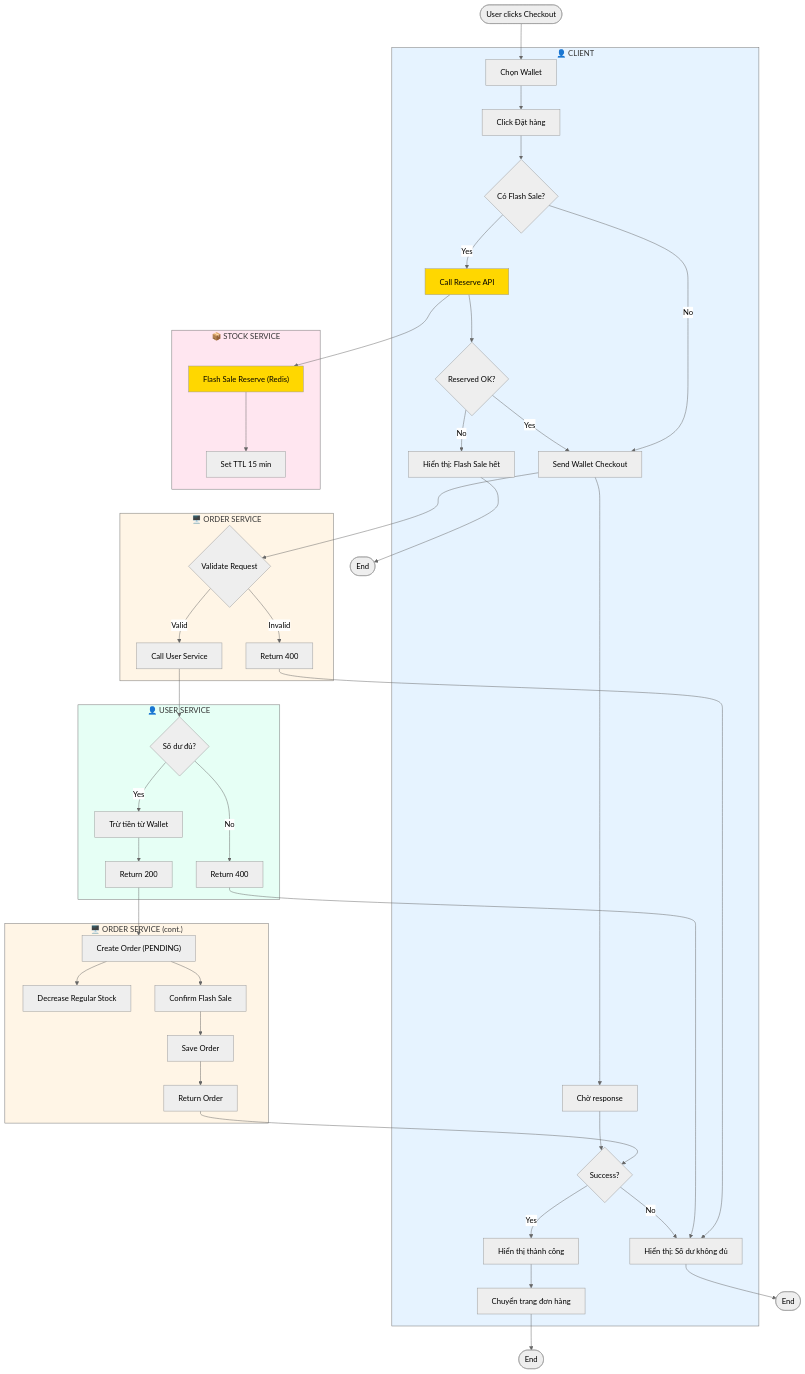
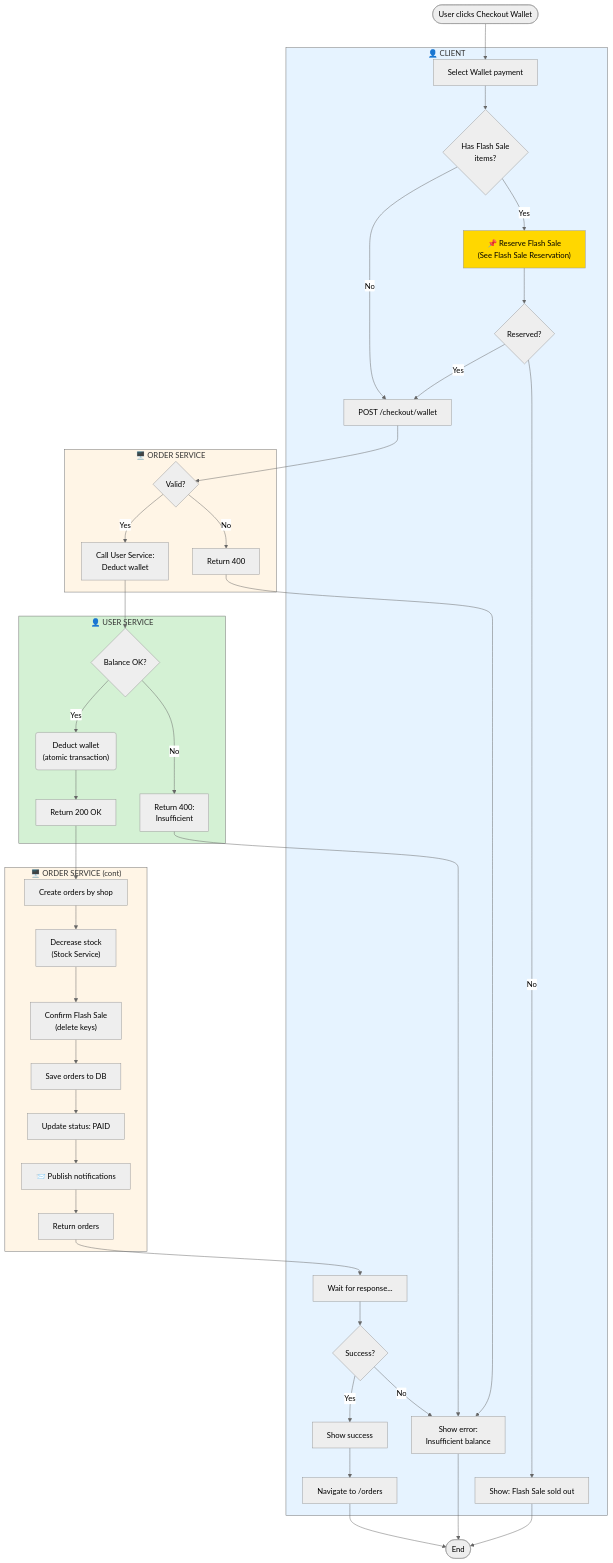
The fifth of 5 diagrams in documents/activity/CHECKOUT_ACTIVITY.md (ThuanNgcodelor/VibeX-E-Commerce), drawn with Mermaid (neutral theme) before and after one commit. The commit also changed other lines of this file and 11 other files, not shown here.

````diff
--- a/documents/activity/CHECKOUT_ACTIVITY.md
+++ b/documents/activity/CHECKOUT_ACTIVITY.md
@@ -252,62 +384,55 @@
 ```mermaid
 flowchart TD
-    Start([User clicks Checkout]) --> SelectWallet[Chọn Wallet]
+    Start([User clicks Checkout Wallet]) --> SelectWallet
     
     subgraph Client["👤 CLIENT"]
-        SelectWallet --> ClickOrder[Click Đặt hàng]
+        SelectWallet[Select Wallet payment] --> FSCheck{Has Flash Sale<br/>items?}
+        FSCheck -->|Yes| FSReserve["📌 Reserve Flash Sale<br/>(See Flash Sale Reservation)"]
+        FSReserve --> FSResult{Reserved?}
+        FSResult -->|No| ShowFSError[Show: Flash Sale sold out]
+        FSResult -->|Yes| SendCheckout
+        FSCheck -->|No| SendCheckout[POST /checkout/wallet]
         
-        ClickOrder --> ReserveFS{Có Flash Sale?}
-        ReserveFS -->|Yes| CallReserve[Call Reserve API]
-        CallReserve --> CheckReserve{Reserved OK?}
-        CheckReserve -->|No| ShowFSError[Hiển thị: Flash Sale hết]
-        CheckReserve -->|Yes| SendCheckout
-        ReserveFS -->|No| SendCheckout[Send Wallet Checkout]
-        
-        SendCheckout --> WaitResponse[Chờ response]
-        WaitResponse --> CheckResult{Success?}
-        CheckResult -->|No| ShowFailed[Hiển thị: Số dư không đủ]
-        CheckResult -->|Yes| ShowSuccess[Hiển thị thành công]
-        ShowSuccess --> NavigateOrders[Chuyển trang đơn hàng]
-    end
-    
-    subgraph StockService["📦 STOCK SERVICE"]
-        CallReserve --> FSReserve["Flash Sale Reserve (Redis)"]
-        FSReserve --> SetTTL["Set TTL 15 min"]
+        WaitResponse[Wait for response...]
+        WaitResponse --> Result{Success?}
+        Result -->|No| ShowError[Show error:<br/>Insufficient balance]
+        Result -->|Yes| ShowSuccess[Show success]
+        ShowSuccess --> Navigate[Navigate to /orders]
     end
     
     subgraph OrderService["🖥️ ORDER SERVICE"]
-        SendCheckout --> ValidateReq{Validate Request}
-        ValidateReq -->|Invalid| ReturnError[Return 400]
-        ValidateReq -->|Valid| CallWallet[Call User Service]
+        SendCheckout --> Validate{Valid?}
+        Validate -->|No| Return400[Return 400]
+        Validate -->|Yes| CallWallet["Call User Service:<br/>Deduct wallet"]
     end
     
     subgraph UserService["👤 USER SERVICE"]
-        CallWallet --> CheckBalance{Số dư đủ?}
-        CheckBalance -->|No| ReturnInsufficient[Return 400]
-        CheckBalance -->|Yes| DeductWallet[Trừ tiền từ Wallet]
-        DeductWallet --> ReturnOK[Return 200]
+        CallWallet --> CheckBalance{Balance OK?}
+        CheckBalance -->|No| Return400Bal[Return 400:<br/>Insufficient]
+        CheckBalance -->|Yes| DeductWallet("Deduct wallet<br/>(atomic transaction)")
+        DeductWallet --> ReturnOK[Return 200 OK]
     end
     
-    subgraph OrderService2["🖥️ ORDER SERVICE (cont.)"]
-        ReturnOK --> CreateOrder["Create Order (PENDING)"]
-        CreateOrder --> DecrStock["Decrease Regular Stock"]
-        CreateOrder --> ConfirmFS["Confirm Flash Sale"]
-        ConfirmFS --> SaveOrder[Save Order]
-        SaveOrder --> ReturnSuccess[Return Order]
+    subgraph OrderService2["🖥️ ORDER SERVICE (cont)"]
+        ReturnOK --> CreateOrders[Create orders by shop]
+        CreateOrders --> DecrStock["Decrease stock<br/>(Stock Service)"]
+        DecrStock --> ConfirmFS["Confirm Flash Sale<br/>(delete keys)"]
+        ConfirmFS --> SaveOrders[Save orders to DB]
+        SaveOrders --> UpdatePaid[Update status: PAID]
+        UpdatePaid --> PublishNotif["📨 Publish notifications"]
+        PublishNotif --> Return200[Return orders]
     end
     
-    ReturnInsufficient --> ShowFailed
-    ReturnError --> ShowFailed
-    ReturnSuccess --> CheckResult
-    ShowFSError --> EndFS([End])
-    ShowFailed --> EndFail([End])
-    NavigateOrders --> EndOK([End])
+    Return400 --> ShowError
+    Return400Bal --> ShowError
+    Return200 --> WaitResponse
+    ShowFSError --> End([End])
+    ShowError --> End
+    Navigate --> End
     
     style Client fill:#e6f3ff
     style OrderService fill:#fff5e6
     style OrderService2 fill:#fff5e6
-    style StockService fill:#ffe6f0
-    style UserService fill:#e6fff5
+    style UserService fill:#d4f1d4
     style FSReserve fill:#FFD700
-    style CallReserve fill:#FFD700
 ```
````
